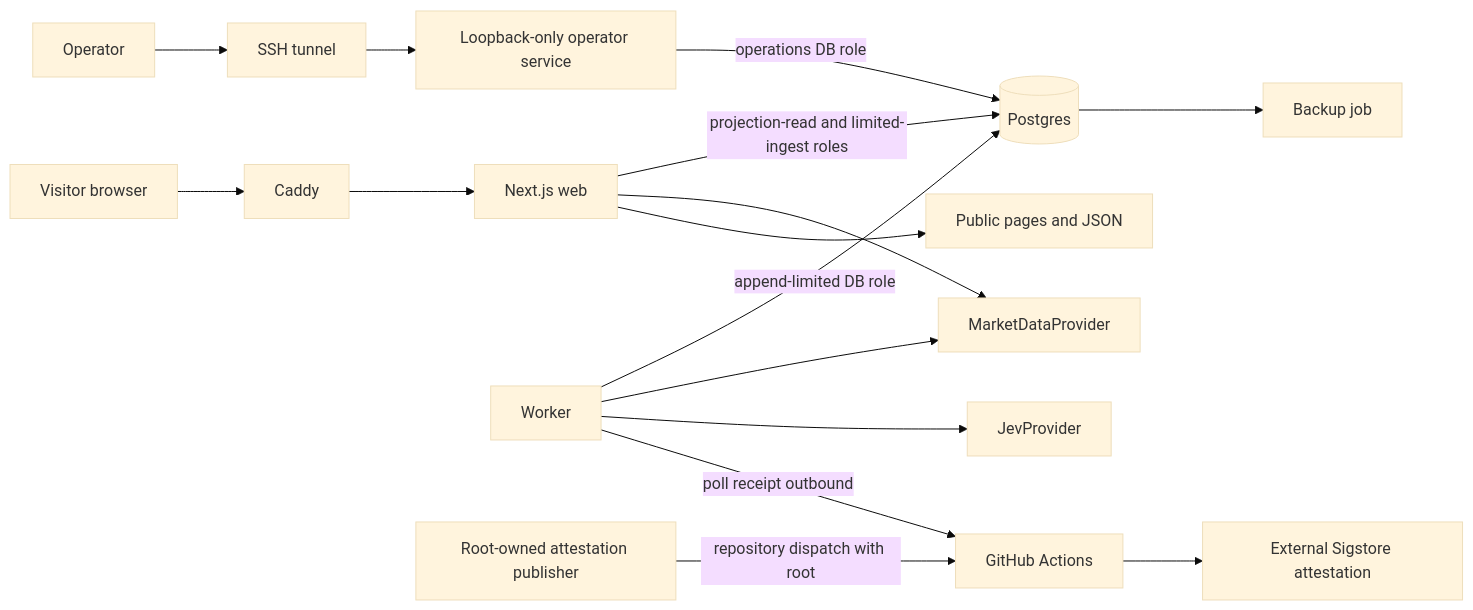
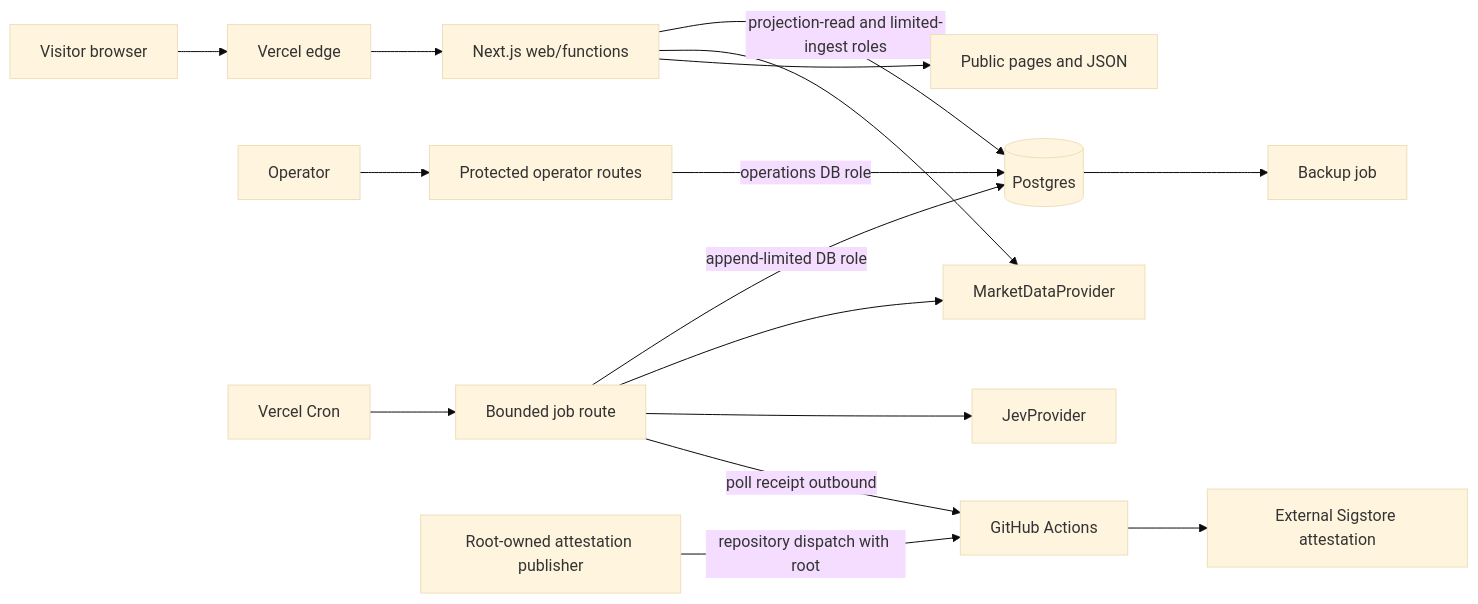
The first of 5 diagrams in docs/plans/2026-09-19-1020-feature-jev-trade-prototype-plan.md (rikkooo/jev-trade), drawn with Mermaid (base theme) before and after one commit. The commit also changed other lines of this file and 214 other files, not shown here.

````diff
--- a/docs/plans/2026-09-19-1020-feature-jev-trade-prototype-plan.md
+++ b/docs/plans/2026-09-19-1020-feature-jev-trade-prototype-plan.md
@@ -298,18 +299,18 @@
 ```mermaid
 flowchart LR
-    V[Visitor browser] --> C[Caddy]
-    O[Operator] --> SSH[SSH tunnel]
-    SSH --> OPS[Loopback-only operator service]
-    C --> W[Next.js web]
+    V[Visitor browser] --> E[Vercel edge]
+    O[Operator] --> OPS[Protected operator routes]
+    E --> W[Next.js web/functions]
     W -->|projection-read and limited-ingest roles| D[(Postgres)]
     OPS -->|operations DB role| D
     W --> M[MarketDataProvider]
-    J[Worker] -->|append-limited DB role| D
+    C[Vercel Cron] --> J[Bounded job route]
+    J -->|append-limited DB role| D
     J --> M
     J --> T[JevProvider]
     W --> S[Public pages and JSON]
     D --> B[Backup job]
     R[Root-owned attestation publisher] -->|repository dispatch with root| G[GitHub Actions]
     G --> A[External Sigstore attestation]
     J -->|poll receipt outbound| G
 ```
````
